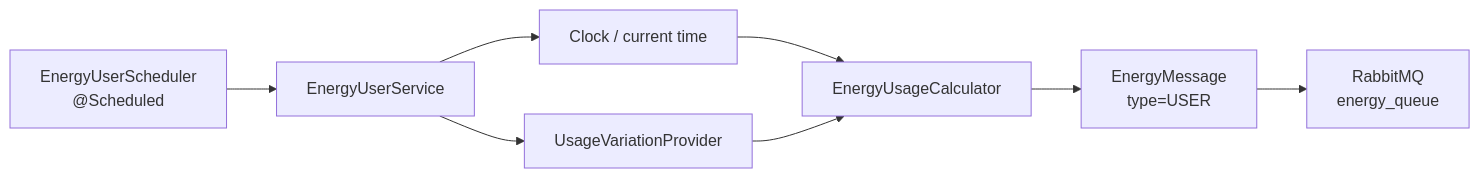
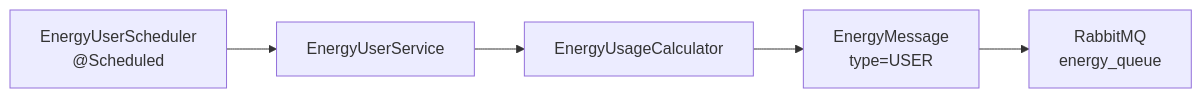
Before and after one commit to Dev02Liu/energy_community_project: the diagram in docs/modules-documentation/energy-user.md, drawn with Mermaid. The commit also changed other lines of this file and 74 other files, not shown here.

````diff
--- a/docs/modules-documentation/energy-user.md
+++ b/docs/modules-documentation/energy-user.md
@@ -59,18 +54,13 @@
 ```mermaid
 flowchart LR
     Scheduler["EnergyUserScheduler<br/>@Scheduled"]
     Service["EnergyUserService"]
-    Clock["Clock / current time"]
-    Variation["UsageVariationProvider"]
     Calculator["EnergyUsageCalculator"]
     DTO["EnergyMessage<br/>type=USER"]
     Rabbit["RabbitMQ<br/>energy_queue"]
 
     Scheduler --> Service
-    Service --> Clock
-    Service --> Variation
-    Clock --> Calculator
-    Variation --> Calculator
+    Service --> Calculator
     Calculator --> DTO
     DTO --> Rabbit
 ```
````
